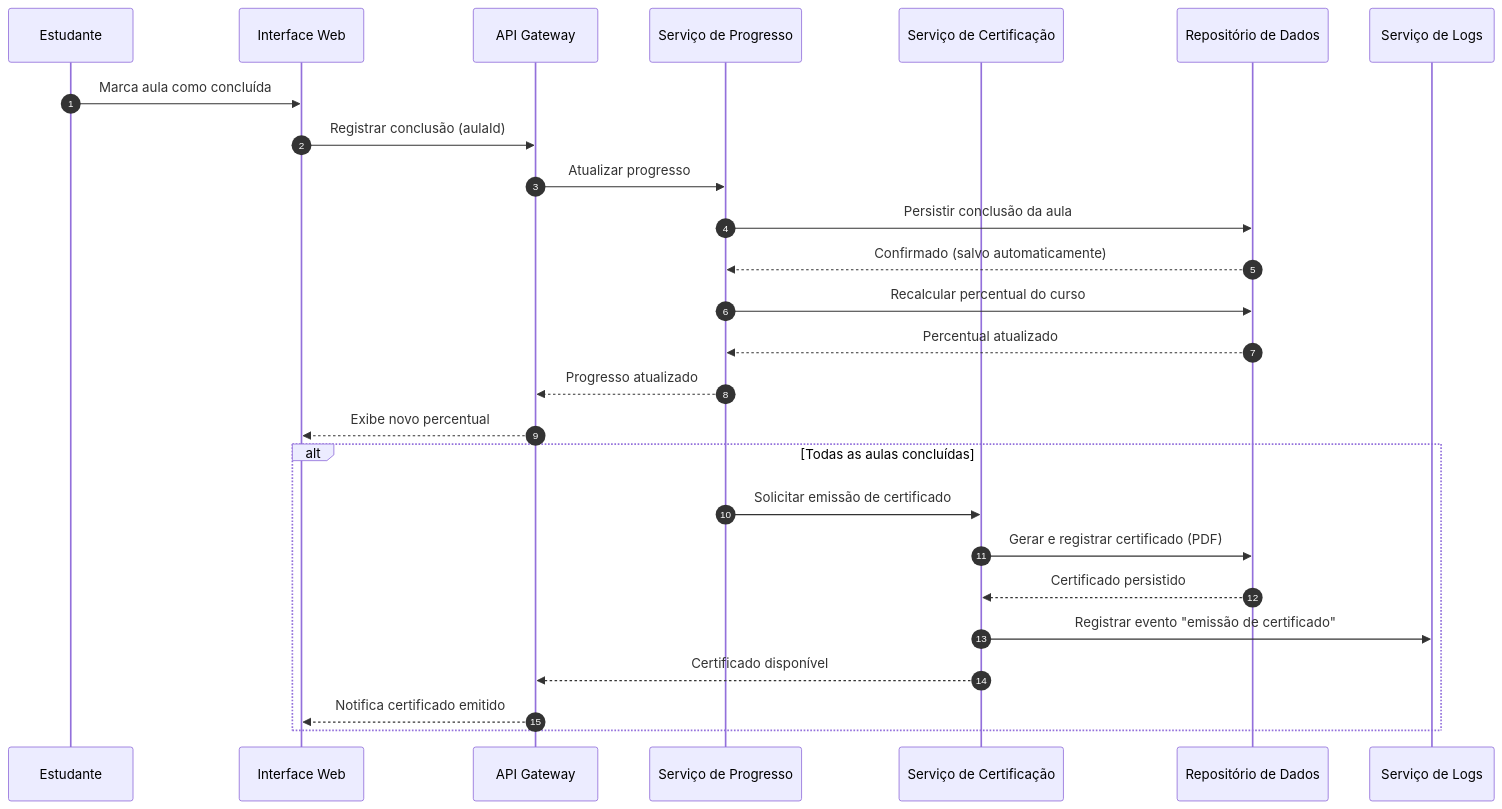
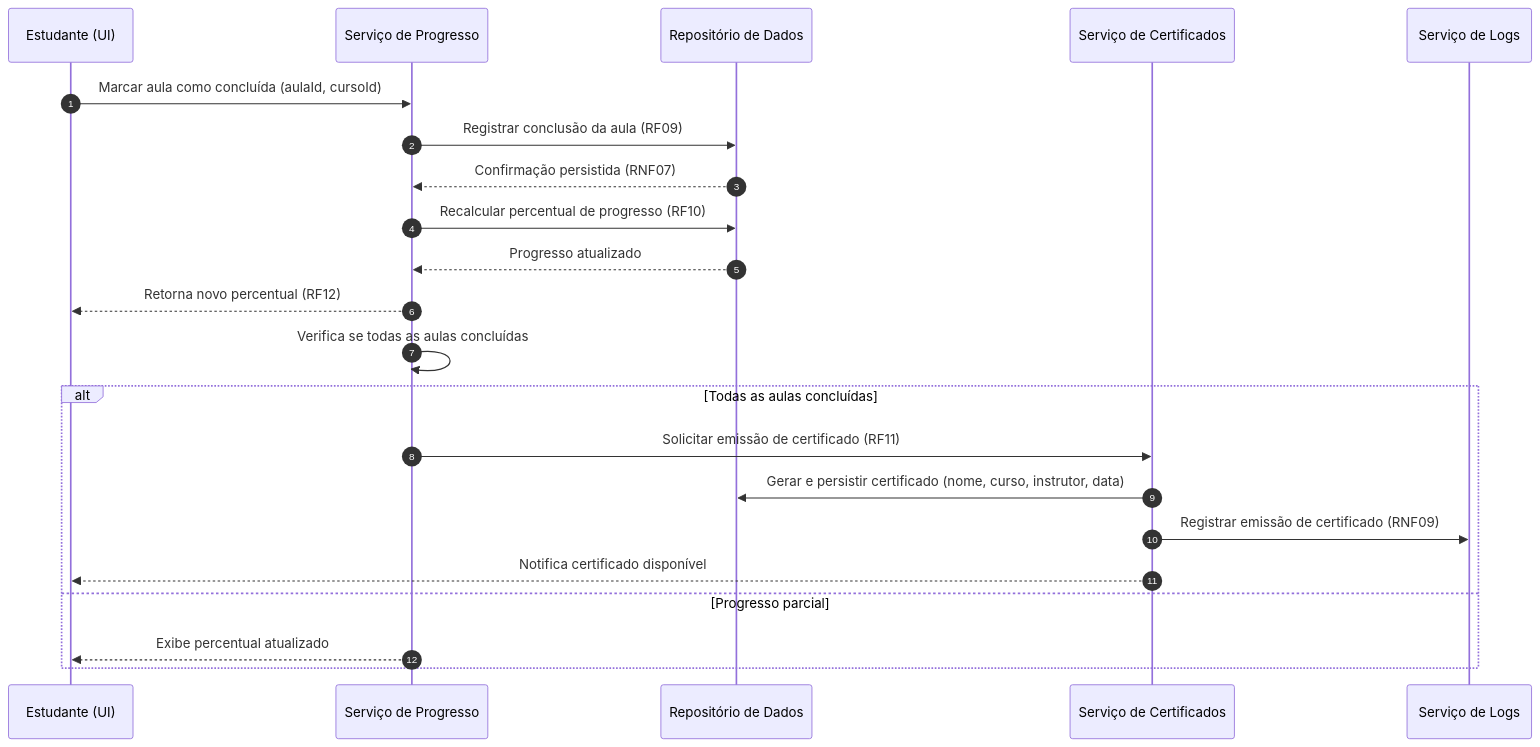
The second of 3 diagrams in docs/Time_2_Design/analise-qualitativa/outputs/relatorio_claude_opus_4_8_M01.md (PDC-ESIA/AI4ES), drawn with Mermaid before and after one commit. The commit also changed other lines of this file and 107 other files, not shown here.

````diff
--- a/docs/Time_2_Design/analise-qualitativa/outputs/relatorio_claude_opus_4_8_M01.md
+++ b/docs/Time_2_Design/analise-qualitativa/outputs/relatorio_claude_opus_4_8_M01.md
@@ -111,30 +76,25 @@
 ```mermaid
 sequenceDiagram
     autonumber
-    participant E as Estudante
-    participant UI as Interface Web
-    participant API as API Gateway
-    participant PR as Serviço de Progresso
-    participant CE as Serviço de Certificação
+    participant E as Estudante (UI)
+    participant PROG as Serviço de Progresso
     participant DB as Repositório de Dados
-    participant LG as Serviço de Logs
+    participant CERT as Serviço de Certificados
+    participant LOG as Serviço de Logs
 
-    E->>UI: Marca aula como concluída
-    UI->>API: Registrar conclusão (aulaId)
-    API->>PR: Atualizar progresso
-    PR->>DB: Persistir conclusão da aula
-    DB-->>PR: Confirmado (salvo automaticamente)
-    PR->>DB: Recalcular percentual do curso
-    DB-->>PR: Percentual atualizado
-    PR-->>API: Progresso atualizado
-    API-->>UI: Exibe novo percentual
-
+    E->>PROG: Marcar aula como concluída (aulaId, cursoId)
+    PROG->>DB: Registrar conclusão da aula (RF09)
+    DB-->>PROG: Confirmação persistida (RNF07)
+    PROG->>DB: Recalcular percentual de progresso (RF10)
+    DB-->>PROG: Progresso atualizado
+    PROG-->>E: Retorna novo percentual (RF12)
+    PROG->>PROG: Verifica se todas as aulas concluídas
     alt Todas as aulas concluídas
-        PR->>CE: Solicitar emissão de certificado
-        CE->>DB: Gerar e registrar certificado (PDF)
-        DB-->>CE: Certificado persistido
-        CE->>LG: Registrar evento "emissão de certificado"
-        CE-->>API: Certificado disponível
-        API-->>UI: Notifica certificado emitido
+        PROG->>CERT: Solicitar emissão de certificado (RF11)
+        CERT->>DB: Gerar e persistir certificado (nome, curso, instrutor, data)
+        CERT->>LOG: Registrar emissão de certificado (RNF09)
+        CERT-->>E: Notifica certificado disponível
+    else Progresso parcial
+        PROG-->>E: Exibe percentual atualizado
     end
 ```
````
